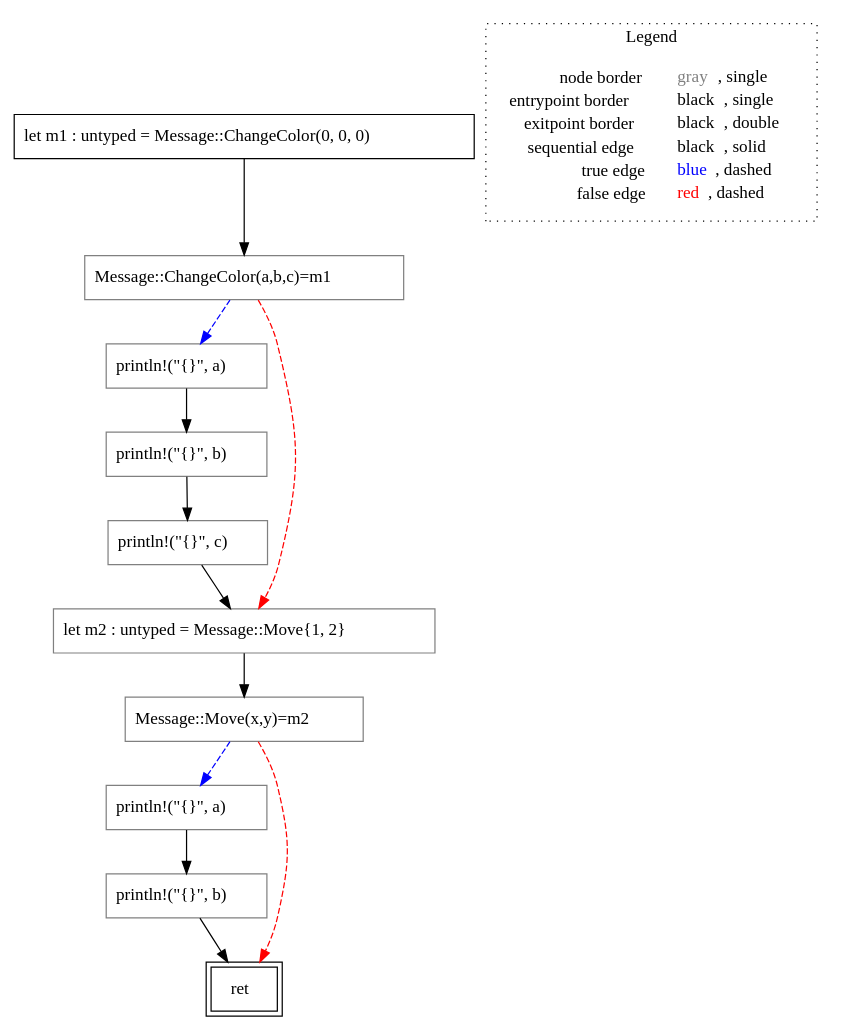
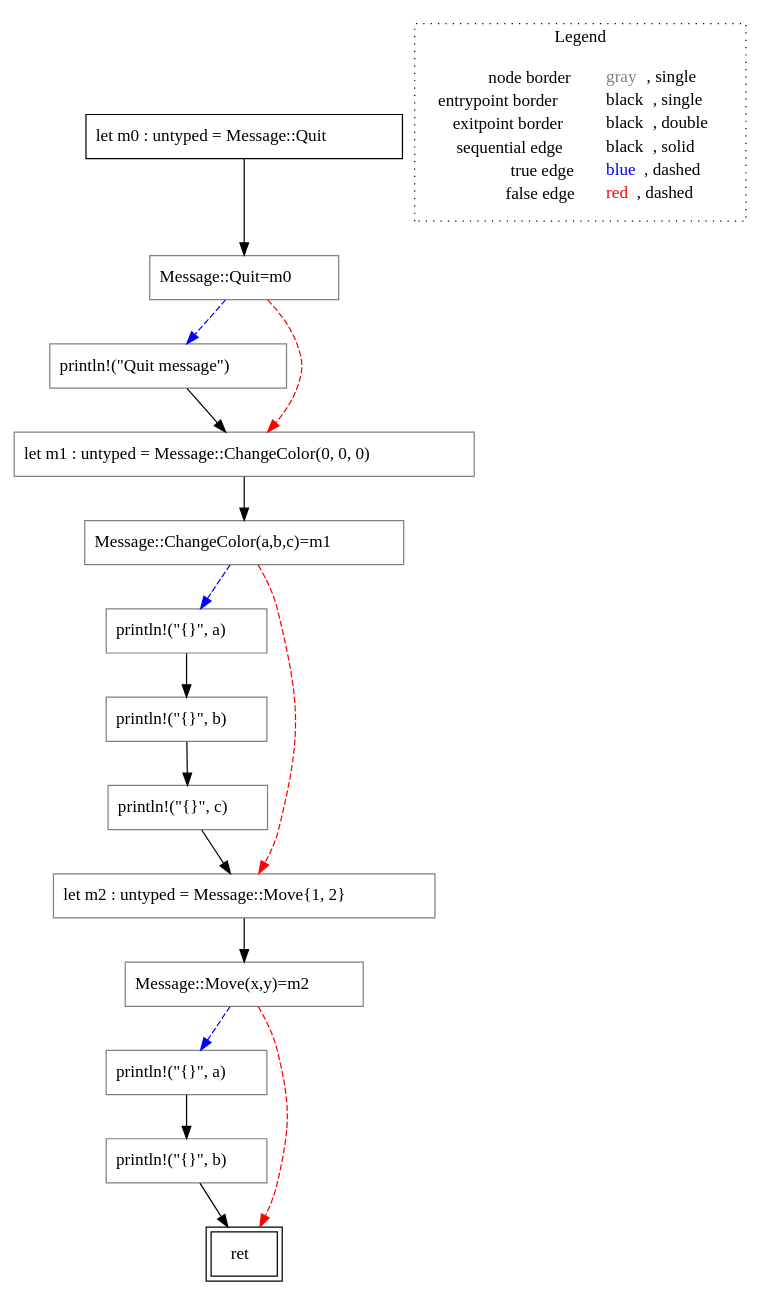
Before and after one commit to VincenzoArceri/rust-lisa: the diagram in rust-lisa/rust-testcases/cfg/simple-if-let/()_rust-testcases_cfg_simple-if-let_simple-if-let.rs.main().dot, drawn with Graphviz. The commit also changed 2 other files, not shown here.

Commit message:
#32 Further strengheting test simple-if-let

```diff
--- a/rust-lisa/rust-testcases/cfg/simple-if-let/()_rust-testcases_cfg_simple-if-let_simple-if-let.rs.main().dot
+++ b/rust-lisa/rust-testcases/cfg/simple-if-let/()_rust-testcases_cfg_simple-if-let_simple-if-let.rs.main().dot
@@ -1,30 +1,37 @@
 digraph {
-	"node0" [shape="rect",color="black",label=<let m1 : untyped = Message::ChangeColor(0, 0, 0)>];
+	"node0" [shape="rect",color="black",label=<let m0 : untyped = Message::Quit>];
 	"node1" [shape="rect",color="gray",label=<println!(&quot;{}&quot;, a)>];
-	"node2" [shape="rect",color="gray",label=<println!(&quot;{}&quot;, c)>];
+	"node2" [shape="rect",color="gray",label=<println!(&quot;{}&quot;, a)>];
 	"node3" [shape="rect",color="black",peripheries="2",label=<ret>];
-	"node4" [shape="rect",color="gray",label=<println!(&quot;{}&quot;, a)>];
-	"node5" [shape="rect",color="gray",label=<let m2 : untyped = Message::Move{1, 2}>];
+	"node4" [shape="rect",color="gray",label=<println!(&quot;Quit message&quot;)>];
+	"node5" [shape="rect",color="gray",label=<println!(&quot;{}&quot;, c)>];
 	"node6" [shape="rect",color="gray",label=<println!(&quot;{}&quot;, b)>];
-	"node7" [shape="rect",color="gray",label=<Message::Move(x,y)=m2>];
-	"node8" [shape="rect",color="gray",label=<Message::ChangeColor(a,b,c)=m1>];
+	"node7" [shape="rect",color="gray",label=<let m1 : untyped = Message::ChangeColor(0, 0, 0)>];
+	"node8" [shape="rect",color="gray",label=<let m2 : untyped = Message::Move{1, 2}>];
 	"node9" [shape="rect",color="gray",label=<println!(&quot;{}&quot;, b)>];
-	"node1" -> "node9" [color="black"];
-	"node2" -> "node5" [color="black"];
-	"node0" -> "node8" [color="black"];
-	"node4" -> "node6" [color="black"];
-	"node5" -> "node7" [color="black"];
-	"node6" -> "node2" [color="black"];
-	"node7" -> "node1" [color="blue",style="dashed"];
-	"node7" -> "node3" [color="red",style="dashed"];
-	"node8" -> "node5" [color="red",style="dashed"];
-	"node8" -> "node4" [color="blue",style="dashed"];
-	"node9" -> "node3" [color="black"];
+	"node10" [shape="rect",color="gray",label=<Message::Quit=m0>];
+	"node11" [shape="rect",color="gray",label=<Message::Move(x,y)=m2>];
+	"node12" [shape="rect",color="gray",label=<Message::ChangeColor(a,b,c)=m1>];
+	"node1" -> "node6" [color="black"];
+	"node0" -> "node10" [color="black"];
+	"node2" -> "node9" [color="black"];
+	"node4" -> "node7" [color="black"];
+	"node5" -> "node8" [color="black"];
+	"node6" -> "node3" [color="black"];
+	"node7" -> "node12" [color="black"];
+	"node8" -> "node11" [color="black"];
+	"node9" -> "node5" [color="black"];
+	"node10" -> "node7" [color="red",style="dashed"];
+	"node10" -> "node4" [color="blue",style="dashed"];
+	"node11" -> "node1" [color="blue",style="dashed"];
+	"node11" -> "node3" [color="red",style="dashed"];
+	"node12" -> "node2" [color="blue",style="dashed"];
+	"node12" -> "node8" [color="red",style="dashed"];
 subgraph cluster_legend {
 	label="Legend";
 	style=dotted;
 	node [shape=plaintext];
 	"legend" [label=<<table border="0" cellpadding="2" cellspacing="0" cellborder="0"><tr><td align="right">node border&nbsp;</td><td align="left"><font color="gray">gray</font>, single</td></tr><tr><td align="right">entrypoint border&nbsp;</td><td align="left"><font color="black">black</font>, single</td></tr><tr><td align="right">exitpoint border&nbsp;</td><td align="left"><font color="black">black</font>, double</td></tr><tr><td align="right">sequential edge&nbsp;</td><td align="left"><font color="black">black</font>, solid</td></tr><tr><td align="right">true edge&nbsp;</td><td align="left"><font color="blue">blue</font>, dashed</td></tr><tr><td align="right">false edge&nbsp;</td><td align="left"><font color="red">red</font>, dashed</td></tr></table>>];
 }
 
 }
```
